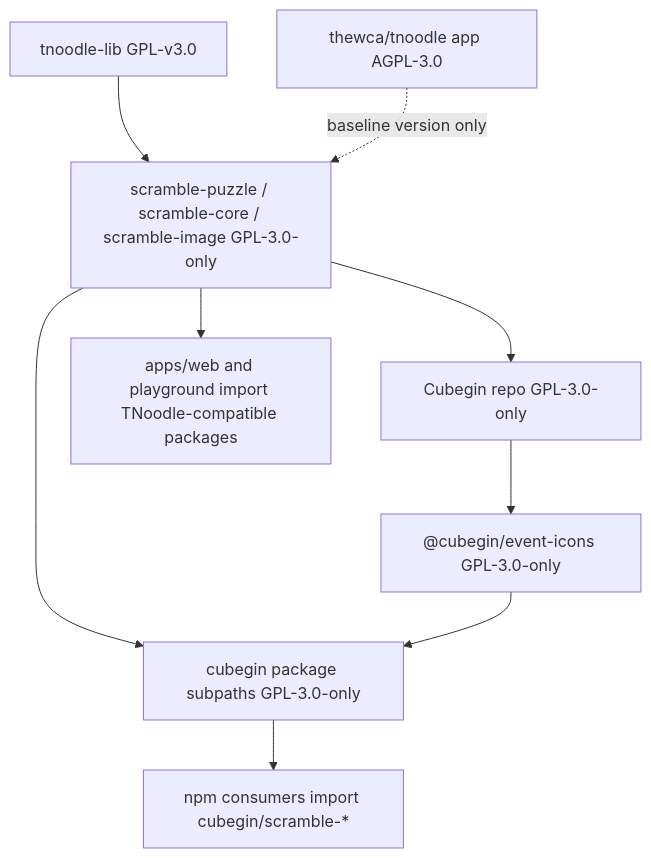
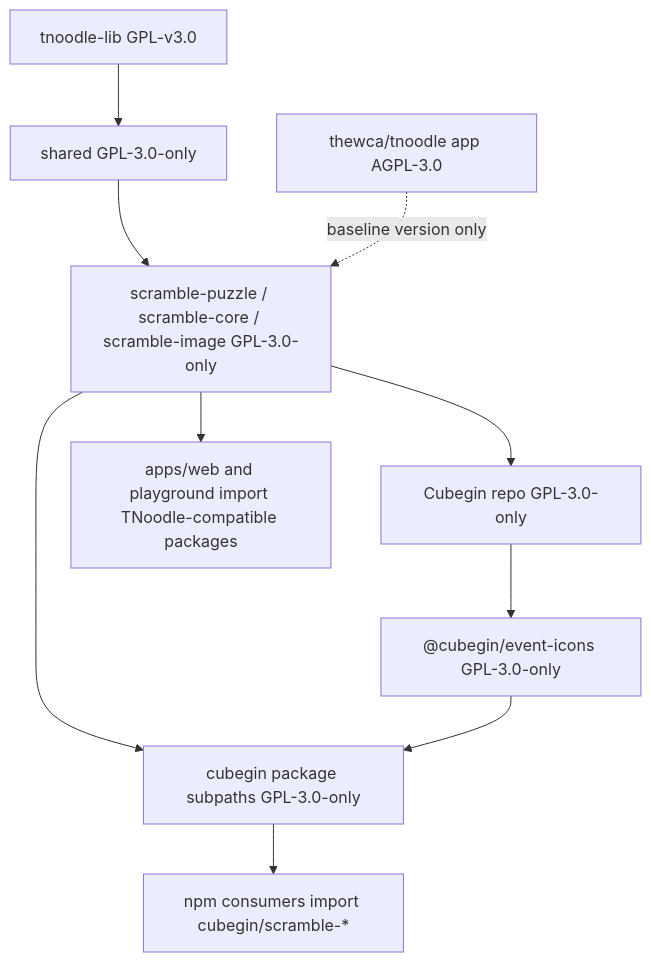
Before and after one commit to deweyou/cube-kit: the diagram in docs/dependency-licensing.md, drawn with Mermaid. The commit also changed other lines of this file and 67 other files, not shown here.

````diff
--- a/docs/dependency-licensing.md
+++ b/docs/dependency-licensing.md
@@ -3,12 +3,13 @@
 ```mermaid
 flowchart TD
-    TnoodleLib["tnoodle-lib GPL-v3.0"] --> NewPackages["scramble-puzzle / scramble-core / scramble-image GPL-3.0-only"]
+    TnoodleLib["tnoodle-lib GPL-v3.0"] --> SharedPkg["shared GPL-3.0-only"]
+    SharedPkg --> NewPackages["scramble-puzzle / scramble-core / scramble-image GPL-3.0-only"]
     RepoLicense --> EventIcons["@cubegin/event-icons GPL-3.0-only"]
     NewPackages --> PublicPackage["cubegin package subpaths GPL-3.0-only"]
     EventIcons --> PublicPackage
     NewPackages --> RepoLicense
     NewPackages --> Apps["apps/web and playground import TNoodle-compatible packages"]
     PublicPackage --> NpmConsumers["npm consumers import cubegin/scramble-*"]
     RepoLicense["Cubegin repo GPL-3.0-only"]
     TnoodleApp["thewca/tnoodle app AGPL-3.0"] -. "baseline version only" .-> NewPackages
 ```
````
